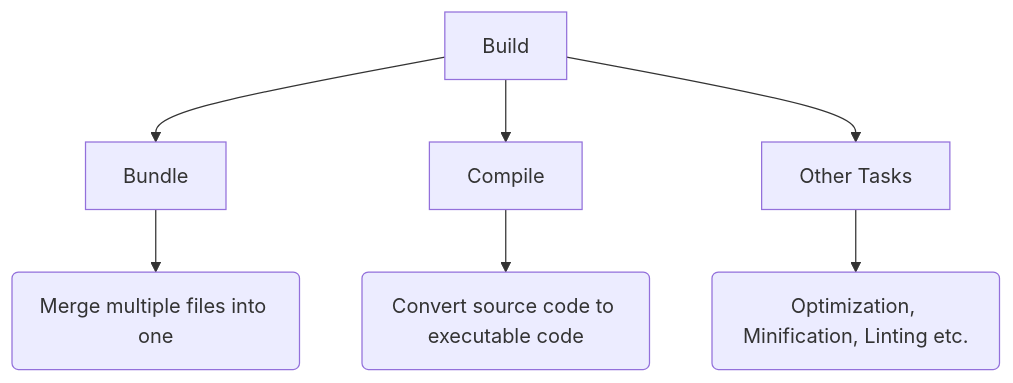
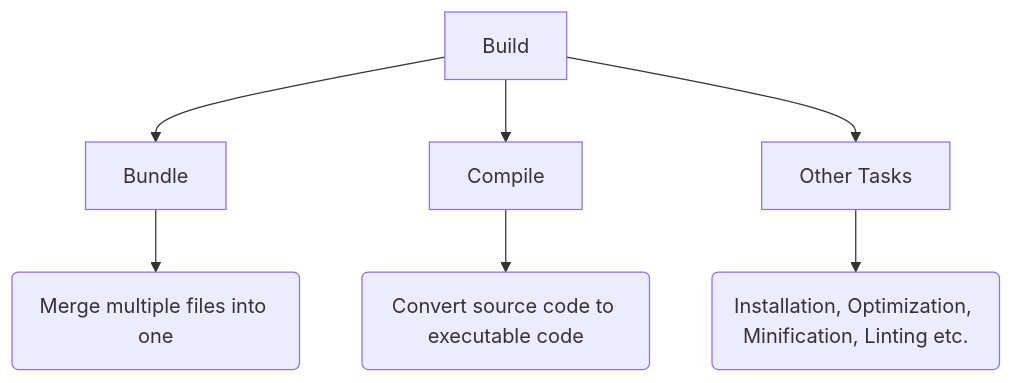
One commit to Yuppe-jp-eng/presentaion changed the first of 10 diagrams in slides.md. Above: the diagram before and after it, drawn with Mermaid. The commit also changed other lines of this file and 12 other files, not shown here.

````diff
--- a/slides.md
+++ b/slides.md
@@ -79,17 +76,17 @@
 ```mermaid
 graph TD
     A[Build]
     B[Bundle]
     C[Compile]
     D[Other Tasks]
     E(Merge multiple files into one)
     F(Convert source code to executable code)
-    G(Optimization, Minification, Linting etc.)
+    G(Installation, Optimization, Minification, Linting etc.)
     
     A --> B
     A --> C
     A --> D
     B --> E
     C --> F
     D --> G
 ```
````
